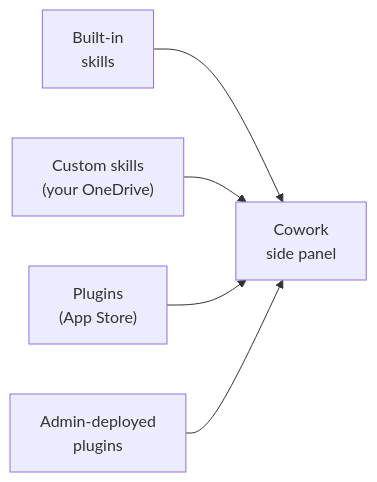
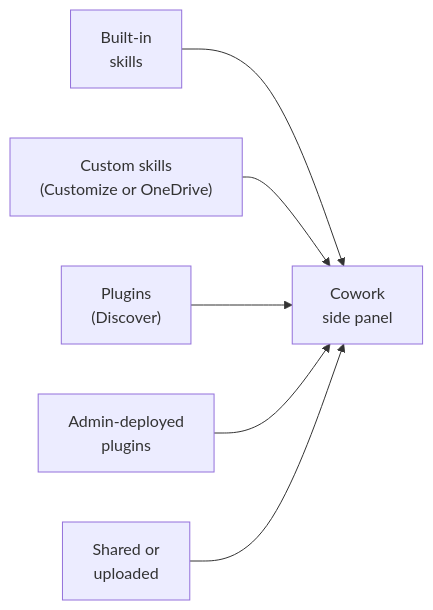
Before and after one commit to alexander-kastil/copilot-studio-agents: the diagram in demos/02-cowork/05-plugins/readme.md, drawn with Mermaid. The commit also changed other lines of this file and 42 other files, not shown here.

Commit message:
feat(copilot-cowork): update brand-voice-copilot to check for em dashes, mermaid newlines, and sentence caps in markdown files, and add a script to generate a tool-description file for MCP connectors (#5)

````diff
--- a/demos/02-cowork/05-plugins/readme.md
+++ b/demos/02-cowork/05-plugins/readme.md
@@ -21,7 +23,8 @@
 ```mermaid
 flowchart LR
   A["Built-in<br/>skills"] --> P["Cowork<br/>side panel"]
-  B["Custom skills<br/>(your OneDrive)"] --> P
-  C["Plugins<br/>(App Store)"] --> P
+  B["Custom skills<br/>(Customize or OneDrive)"] --> P
+  C["Plugins<br/>(Discover)"] --> P
   D["Admin-deployed<br/>plugins"] --> P
+  E["Shared or<br/>uploaded"] --> P
 ```
````
